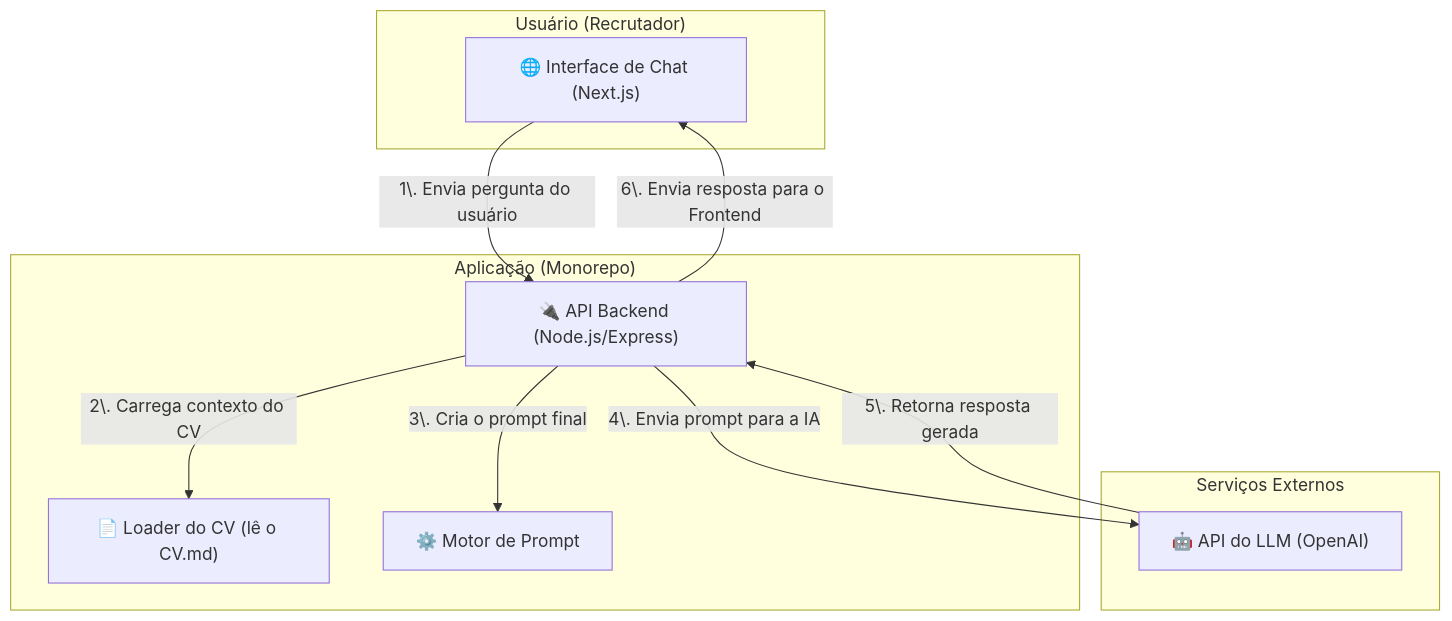
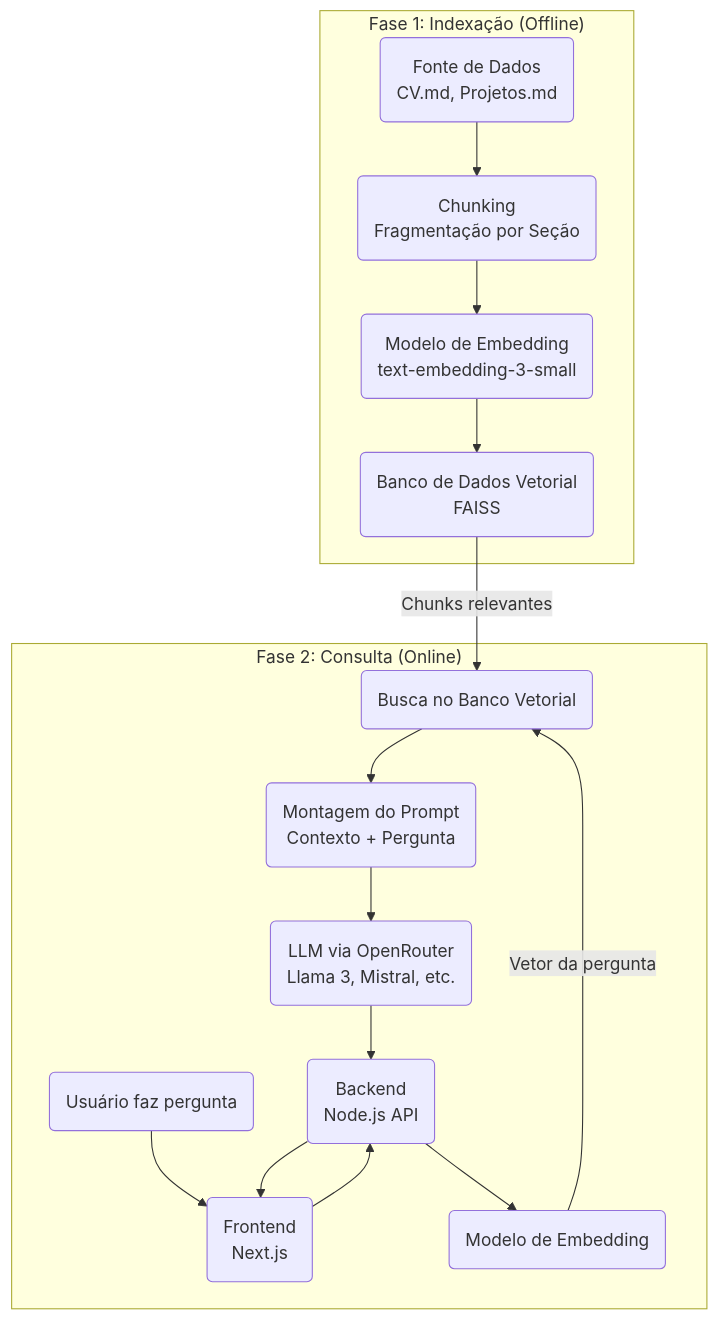
The diagram in README.md (lfrichter/ask-richter), drawn with Mermaid before and after one commit. The commit also changed other lines of this file and 1 other file, not shown here.

`````diff
--- a/README.md
+++ b/README.md
@@ -36,24 +37,20 @@
 ```mermaid
 graph TD
-    subgraph "Usuário (Recrutador)"
-        Frontend["🌐 Interface de Chat (Next.js)"]
+    subgraph "Fase 1: Indexação (Offline)"
+        A1(Fonte de Dados<br>CV.md, Projetos.md) --> A2(Chunking<br>Fragmentação por Seção)
+        A2 --> A3(Modelo de Embedding<br>text-embedding-3-small)
+        A3 --> A4(Banco de Dados Vetorial<br>FAISS)
     end
 
-    subgraph "Aplicação (Monorepo)"
-        Backend["🔌 API Backend (Node.js/Express)"]
-        Loader["📄 Loader do CV (lê o CV.md)"]
-        PromptEngine["⚙️ Motor de Prompt"]
+    subgraph "Fase 2: Consulta (Online)"
+        B1(Usuário faz pergunta) --> B2(Frontend<br>Next.js)
+        B2 --> B3(Backend<br>Node.js API)
+        B3 --> B4(Modelo de Embedding)
+        B4 -- "Vetor da pergunta" --> B5(Busca no Banco Vetorial)
+        A4 -- "Chunks relevantes" --> B5
+        B5 --> B6(Montagem do Prompt<br>Contexto + Pergunta)
+        B6 --> B7(LLM via OpenRouter<br>Llama 3, Mistral, etc.)
+        B7 --> B3
+        B3 --> B2
     end
-
-    subgraph "Serviços Externos"
-        IA_API["🤖 API do LLM (OpenAI)"]
-    end
-
-    Frontend -- "1\. Envia pergunta do usuário" --> Backend
-    Backend -- "2\. Carrega contexto do CV" --> Loader
-    Backend -- "3\. Cria o prompt final" --> PromptEngine
-    Backend -- "4\. Envia prompt para a IA" --> IA_API
-    IA_API -- "5\. Retorna resposta gerada" --> Backend
-    Backend -- "6\. Envia resposta para o Frontend" --> Frontend
-
-```
+````
`````
